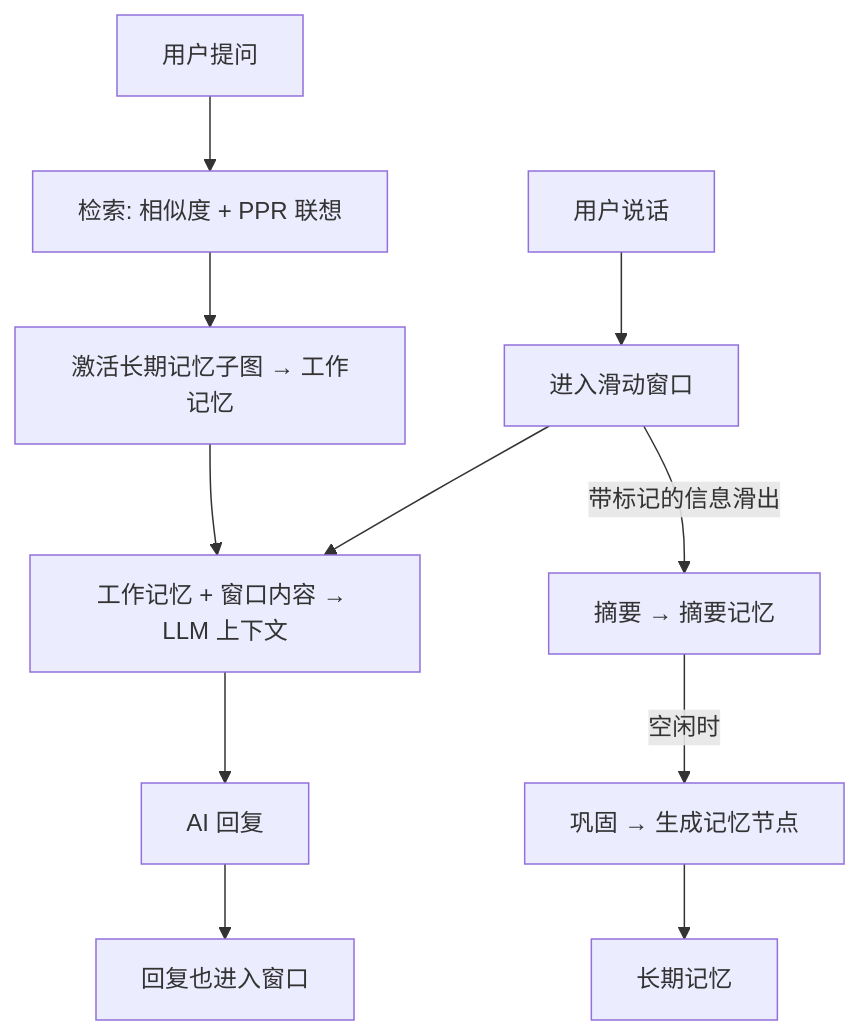
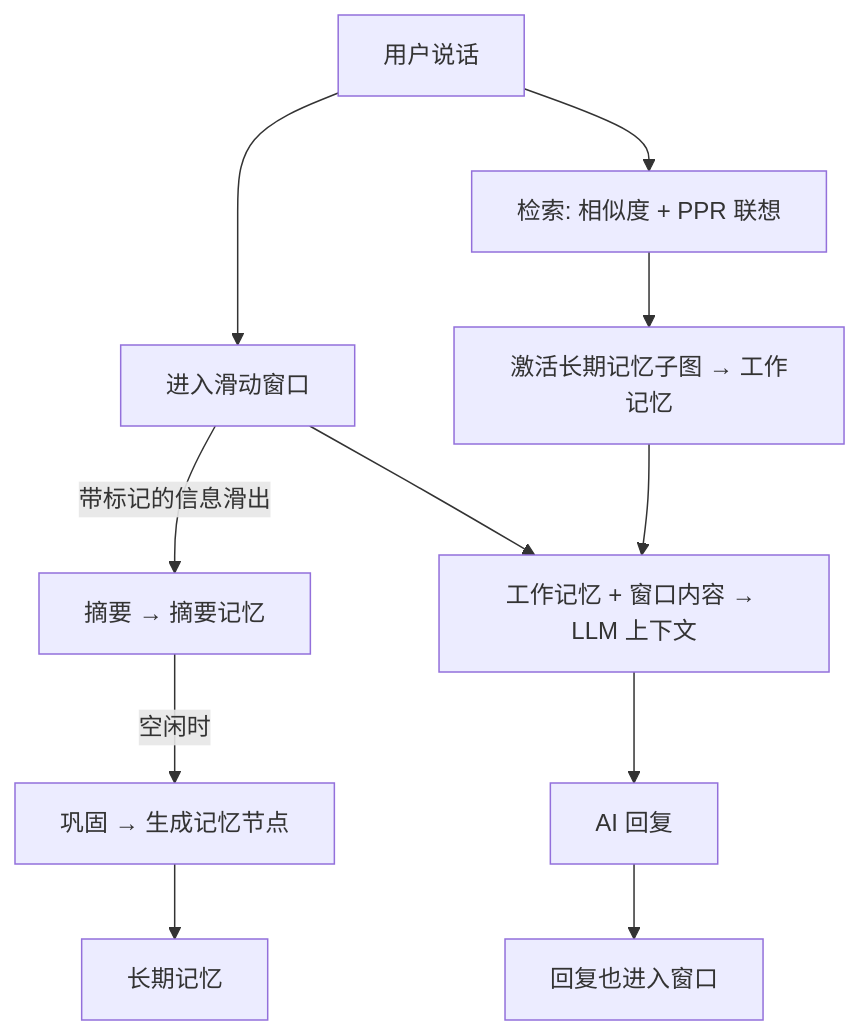
Before and after one commit to dynamder/Soulmem: the second of 2 diagrams in book/src/concepts/memory-layers.md, drawn with Mermaid. The commit also changed other lines of this file and 1 other file, not shown here.

````diff
--- a/book/src/concepts/memory-layers.md
+++ b/book/src/concepts/memory-layers.md
@@ -73,13 +97,13 @@
 ```mermaid
 graph TB
     U[用户说话] --> W[进入滑动窗口]
     W -->|带标记的信息滑出| S[摘要 → 摘要记忆]
     S -->|空闲时| C[巩固 → 生成记忆节点]
     C --> L[长期记忆]
-    Q[用户提问] --> R[检索: 相似度 + PPR 联想]
+    U[用户说话] --> R[检索: 相似度 + PPR 联想]
     R --> A[激活长期记忆子图 → 工作记忆]
     A --> CTX[工作记忆 + 窗口内容 → LLM 上下文]
     W --> CTX
     CTX --> AI[AI 回复]
     AI --> W2[回复也进入窗口]
 ```
````
